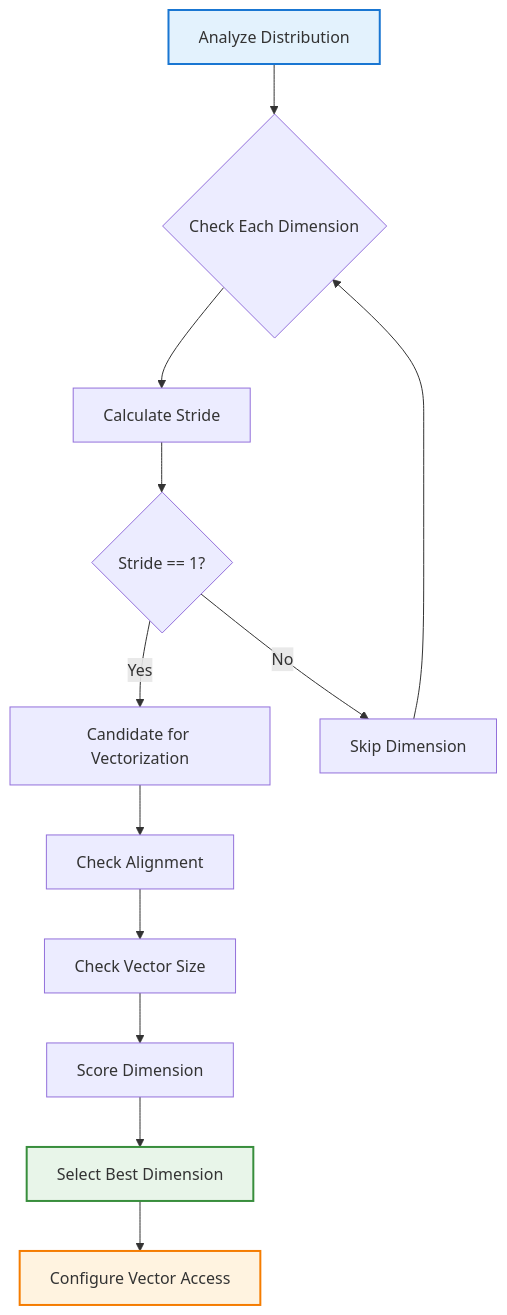
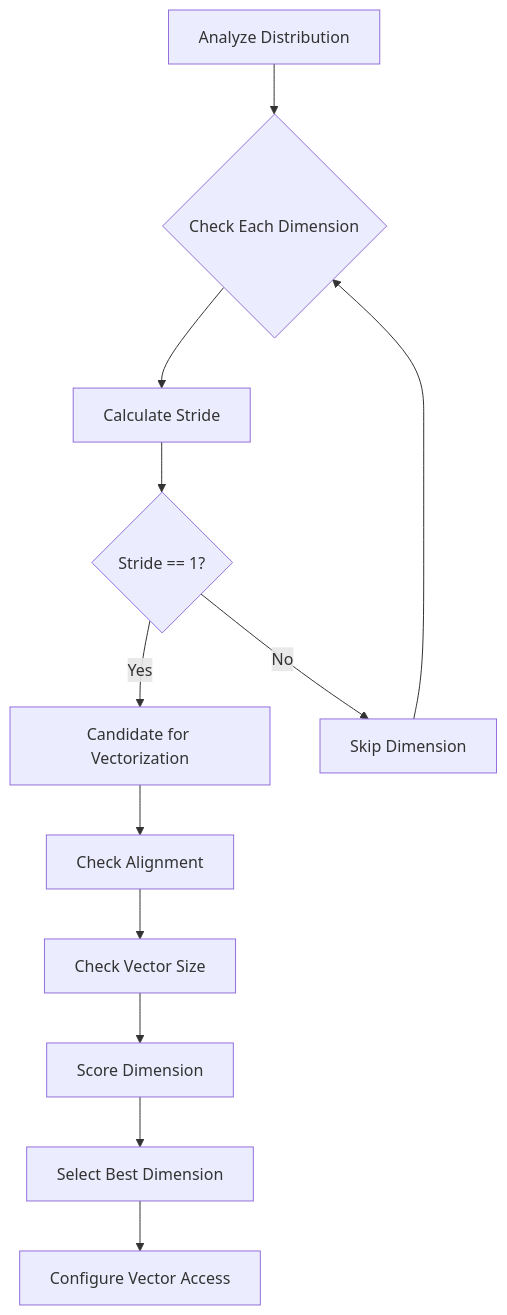
The first of 2 diagrams in projects/composablekernel/docs/conceptual/ck_tile/load_store_traits.rst (hdt98/rocm-libraries), drawn with Mermaid before and after one commit. The commit also changed other lines of this file and 21 other files, not shown here.

First line of the commit message:
[ck] Updated CK Tile documentation to use mermaid diagrams (#7955)

```diff
--- a/projects/composablekernel/docs/conceptual/ck_tile/load_store_traits.rst
+++ b/projects/composablekernel/docs/conceptual/ck_tile/load_store_traits.rst
@@ -108,18 +105,14 @@
-      .. mermaid::
-      
-         graph TD
-             A[Analyze Distribution] --> B{Check Each Dimension}
-             B --> C[Calculate Stride]
-             C --> D{Stride == 1?}
-             D -->|Yes| E[Candidate for Vectorization]
-             D -->|No| F[Skip Dimension]
-             E --> G[Check Alignment]
-             G --> H[Check Vector Size]
-             H --> I[Score Dimension]
-             F --> B
-             I --> J[Select Best Dimension]
-             J --> K[Configure Vector Access]
-             
-             style A fill:#e3f2fd,stroke:#1976d2,stroke-width:2px
-             style J fill:#e8f5e9,stroke:#388e3c,stroke-width:2px
-             style K fill:#fff3e0,stroke:#f57c00,stroke-width:2px
+.. mermaid::
+
+   graph TD
+       A[Analyze Distribution] --> B{Check Each Dimension}
+       B --> C[Calculate Stride]
+       C --> D{Stride == 1?}
+       D -->|Yes| E[Candidate for Vectorization]
+       D -->|No| F[Skip Dimension]
+       E --> G[Check Alignment]
+       G --> H[Check Vector Size]
+       H --> I[Score Dimension]
+       F --> B
+       I --> J[Select Best Dimension]
+       J --> K[Configure Vector Access]
```
